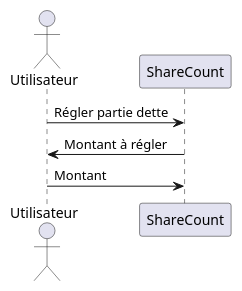
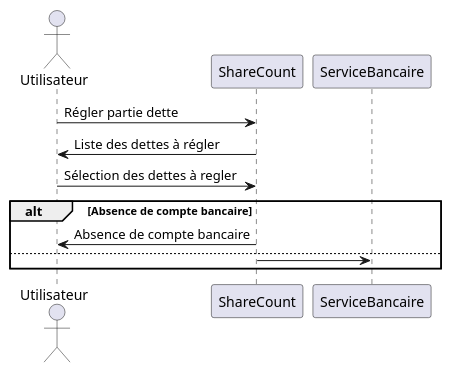
One commit to lmtb06/sharecount changed the diagram in diagrammes/specification/sequence/regler-partie-dette.puml. Above: the diagram before and after it, drawn with PlantUML. The commit also changed 3 other files, not shown here.

```diff
--- a/diagrammes/specification/sequence/regler-partie-dette.puml
+++ b/diagrammes/specification/sequence/regler-partie-dette.puml
@@ -1,11 +1,18 @@
 @startuml "Régler une partie de sa dette envers quelqu’un"
 
 actor Utilisateur as u
 participant ShareCount as sc
+participant ServiceBancaire as sb
 
 u 	-> 	sc : Régler partie dette
-u		<- 	sc : Montant à régler
-u		->	sc : Montant
+u		<- 	sc : Liste des dettes à régler
+u		-> 	sc : Sélection des dettes à regler
+alt Absence de compte bancaire
+sc -> u : Absence de compte bancaire
+else
+sc -> sb : 
+end
+
 
 
 @enduml
```
